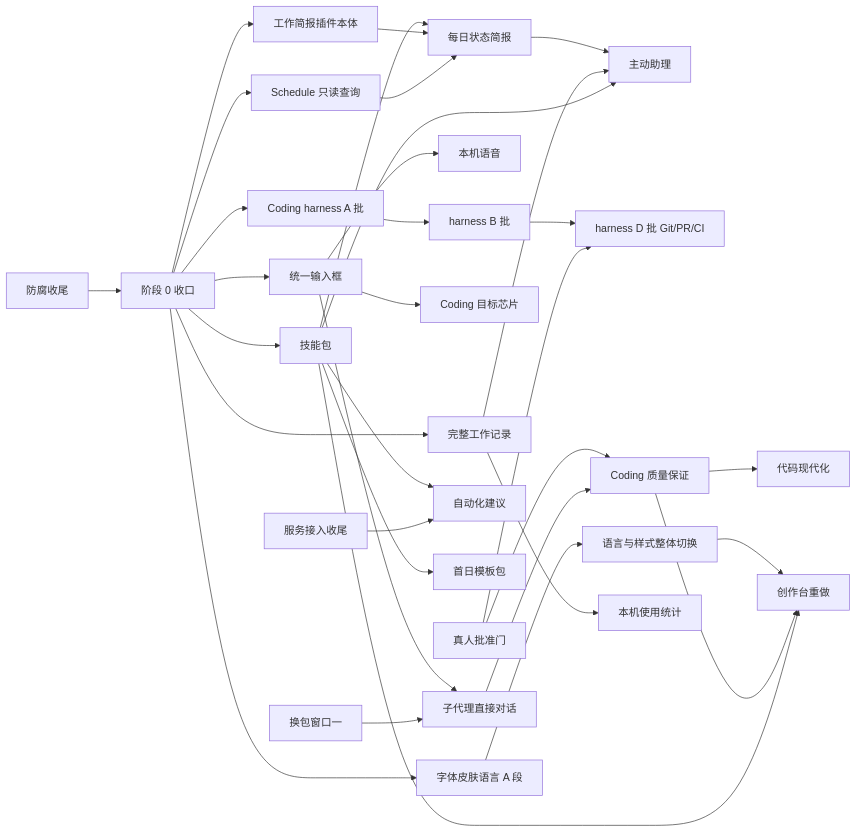
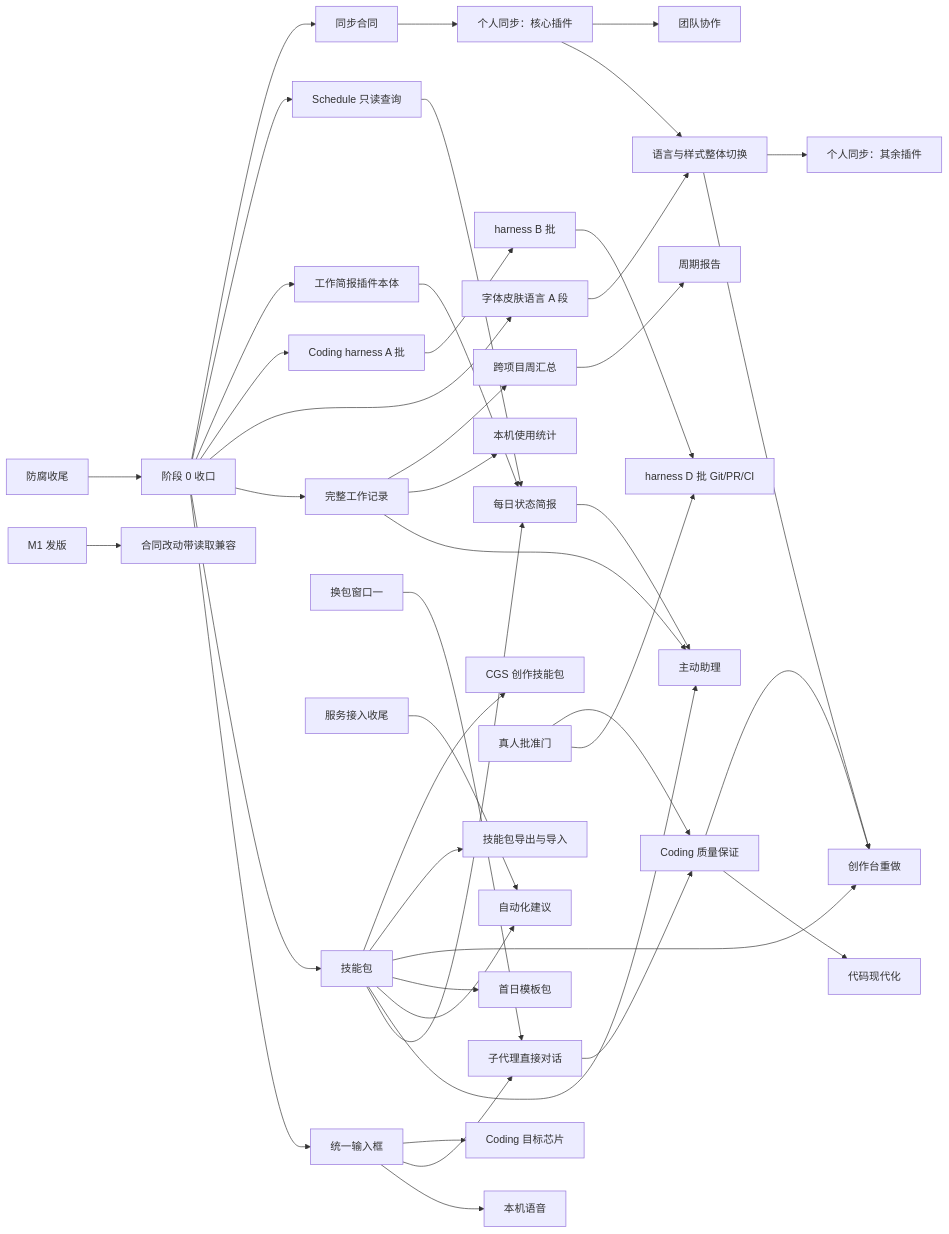
The diagram in specs/post-anticorruption-roadmap/spec.md (molis-ai/molis-work), drawn with Mermaid before and after one commit. The commit also changed other lines of this file and 1 other file, not shown here.

First line of the commit message:
docs(roadmap): 复查补漏——个人云同步、CGS、产品建议余项与 BACKLOG 全部去处

````diff
--- a/specs/post-anticorruption-roadmap/spec.md
+++ b/specs/post-anticorruption-roadmap/spec.md
@@ -133,35 +181,45 @@
 ```mermaid
 flowchart LR
   AC[防腐收尾] --> S0[阶段 0 收口]
   S0 --> IN[统一输入框]
   S0 --> SP[技能包]
   S0 --> WR[完整工作记录]
   S0 --> FA[字体皮肤语言 A 段]
   S0 --> HA[Coding harness A 批]
   S0 --> WB[工作简报插件本体]
   S0 --> SQ[Schedule 只读查询]
   IN --> VO[本机语音]
   IN --> SUB[子代理直接对话]
   IN --> CHIP[Coding 目标芯片]
   SP --> DB[每日状态简报]
   WB --> DB
   SQ --> DB
   DB --> PA[主动助理]
   WR --> PA
   SP --> PA
   SP --> AR[自动化建议]
   SP --> TP[首日模板包]
   HA --> HB[harness B 批]
   HB --> HD[harness D 批 Git/PR/CI]
   AP[真人批准门] --> HD
   AP --> QA[Coding 质量保证]
   SUB --> QA
   QA --> MOD[代码现代化]
   W1[换包窗口一] --> SUB
   FA --> FC[语言与样式整体切换]
   FC --> PB[创作台重做]
   QA --> PB
   SP --> PB
   ASC[服务接入收尾] --> AR
   WR --> ST[本机使用统计]
+  WR --> XP[跨项目周汇总]
+  XP --> PR[周期报告]
+  S0 --> SC[同步合同]
+  SC --> SY[个人同步：核心插件]
+  SY --> FC
+  FC --> SY2[个人同步：其余插件]
+  SY --> TEAM[团队协作]
+  SP --> SH[技能包导出与导入]
+  SP --> CGS[CGS 创作技能包]
+  M1[M1 发版] --> COMPAT[合同改动带读取兼容]
 ```
````
